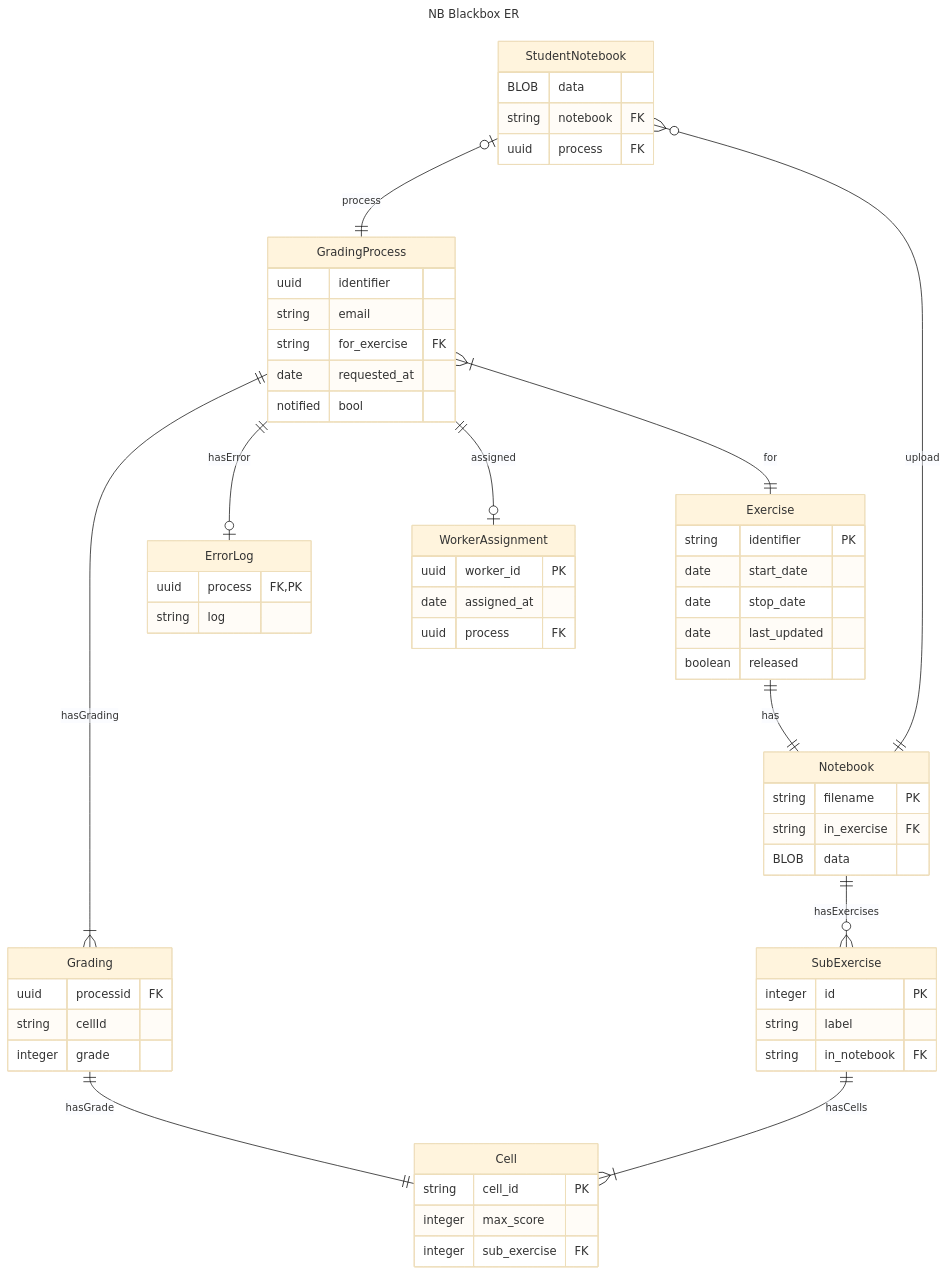
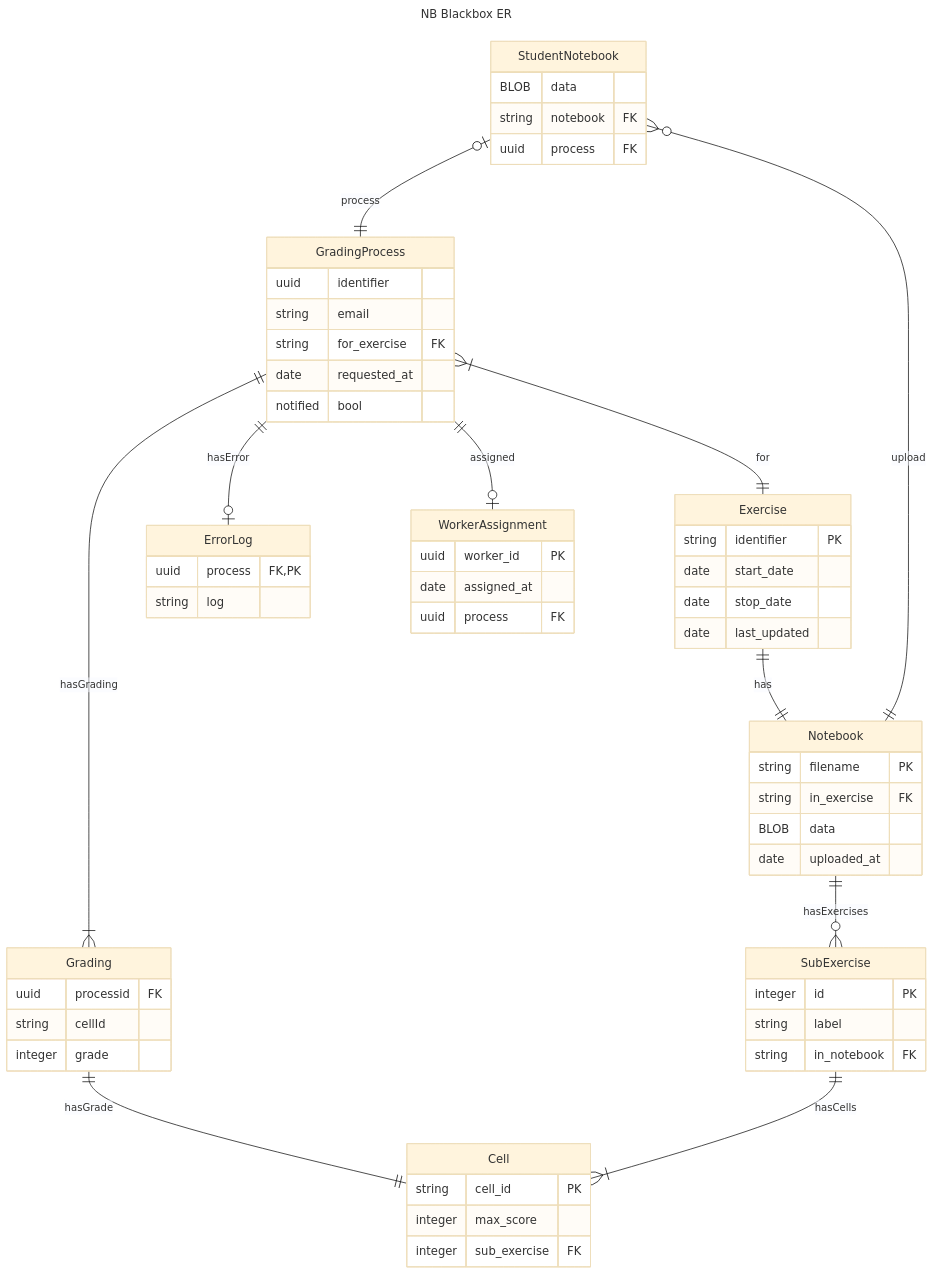
Before and after one commit to RWTH-DBIS/Ampelgrader: the diagram in datamodel.md, drawn with Mermaid (base theme). The commit also changed 5 other files, not shown here.

````diff
--- a/datamodel.md
+++ b/datamodel.md
@@ -3,77 +3,77 @@
 ```mermaid
 ---
 title: NB Blackbox ER
 ---
 
 erDiagram
     Exercise {
         string identifier PK
         date start_date
         date stop_date
         date last_updated
-        boolean released
     }
 
     Notebook {
         string filename PK
         string in_exercise FK
         BLOB data
+        date uploaded_at
     }
     
     SubExercise {
         integer id PK
         string label
         string in_notebook FK
     }
     
     Cell {
         string cell_id PK
         integer max_score
         integer sub_exercise FK
     }
     
     GradingProcess {
         uuid identifier
         string email
         string for_exercise FK
         date requested_at
         notified bool
     }
     
     Grading {
         uuid processid FK
         string cellId
         integer grade
     }
     
     ErrorLog {
         uuid process FK,PK
         string log
     }
     
     WorkerAssignment {
         uuid worker_id PK
         date assigned_at
         uuid process FK
     }
     
     StudentNotebook {
         BLOB data
         string notebook FK
         uuid process FK
     }
         
     Exercise ||--|| Notebook: has
     GradingProcess }|--|| Exercise: for
     GradingProcess ||--|{ Grading: hasGrading
     GradingProcess ||--o| ErrorLog: hasError
     
     Grading ||--|| Cell: hasGrade
 
     Notebook ||--o{ SubExercise: hasExercises
     SubExercise ||--|{ Cell: hasCells
 
     GradingProcess ||--o| WorkerAssignment: assigned
     StudentNotebook }o--|| Notebook: upload
     StudentNotebook |o--|| GradingProcess: process
 ```
````
